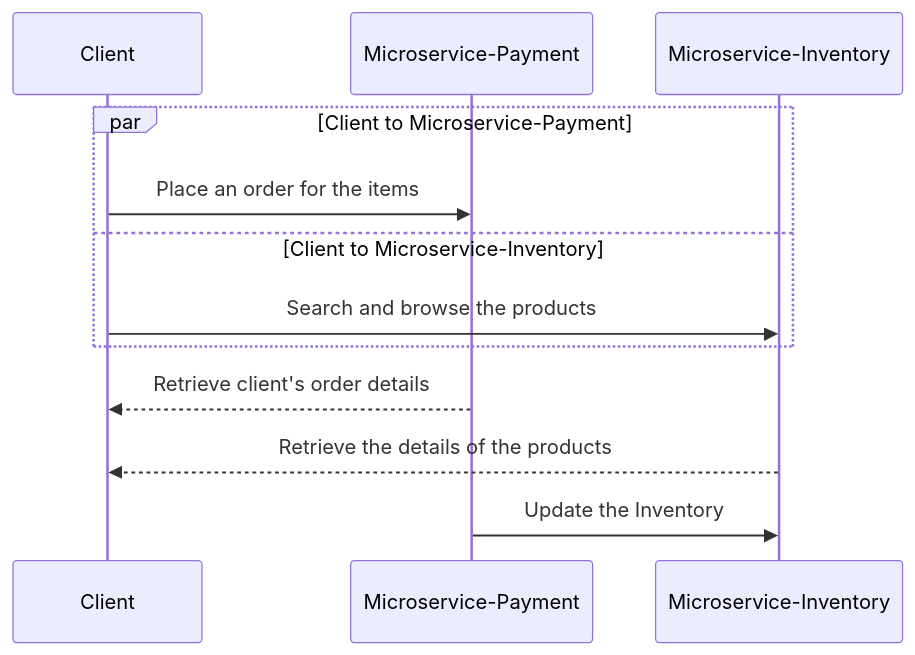
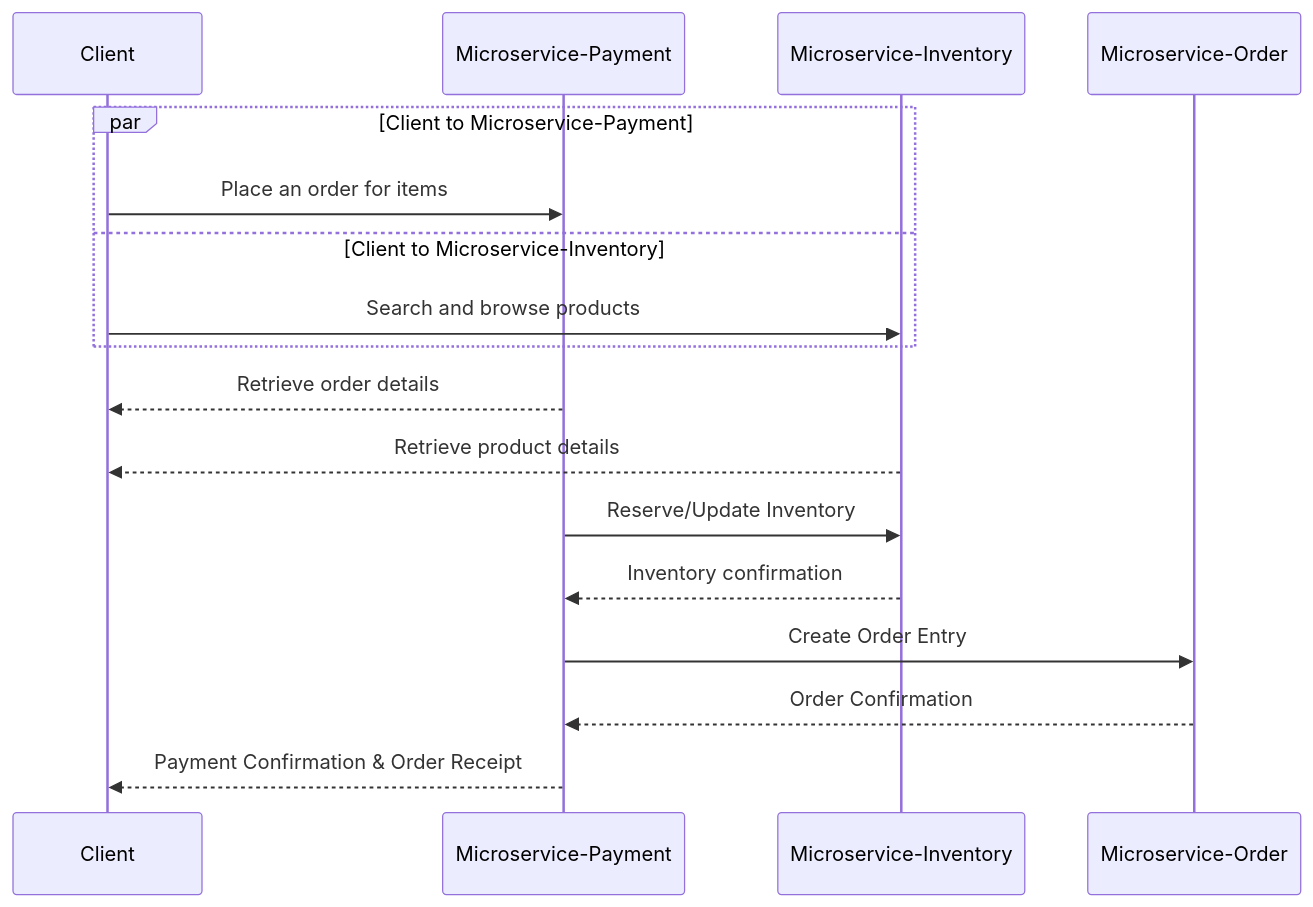
One commit to yanliu1111/microservices-fastapi-fullStack-app changed the diagram in README.md. Above: the diagram before and after it, drawn with Mermaid.

````diff
--- a/README.md
+++ b/README.md
@@ -9,11 +9,25 @@
 ```mermaid
 sequenceDiagram
+    participant Client
+    participant Microservice-Payment
+    participant Microservice-Inventory
+    participant Microservice-Order
+
     par Client to Microservice-Payment
-        Client->>Microservice-Payment: Place an order for the items
+        Client->>Microservice-Payment: Place an order for items
     and Client to Microservice-Inventory
-        Client->>Microservice-Inventory: Search and browse the products
+        Client->>Microservice-Inventory: Search and browse products
     end
-    Microservice-Payment-->>Client: Retrieve client's order details
-    Microservice-Inventory-->>Client: Retrieve the details of the products
-    Microservice-Payment ->> Microservice-Inventory: Update the Inventory
+
+    Microservice-Payment-->>Client: Retrieve order details
+    Microservice-Inventory-->>Client: Retrieve product details
+
+    Microservice-Payment ->> Microservice-Inventory: Reserve/Update Inventory
+    Microservice-Inventory-->>Microservice-Payment: Inventory confirmation
+
+    Microservice-Payment ->> Microservice-Order: Create Order Entry
+    Microservice-Order-->>Microservice-Payment: Order Confirmation
+
+    Microservice-Payment-->>Client: Payment Confirmation & Order Receipt
+
 ```
````
